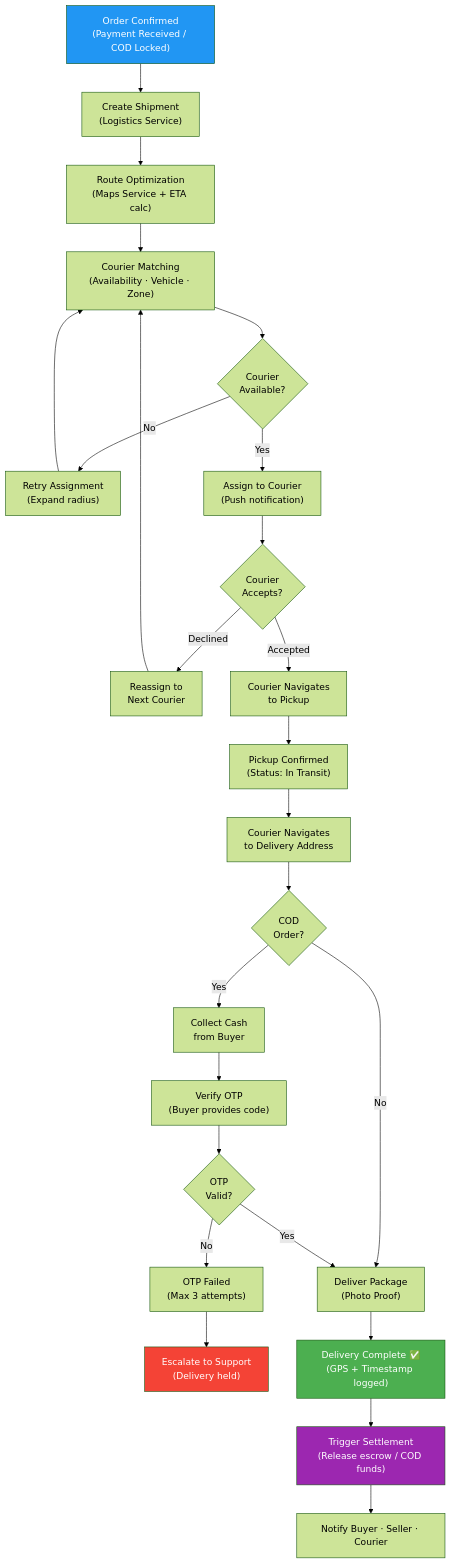
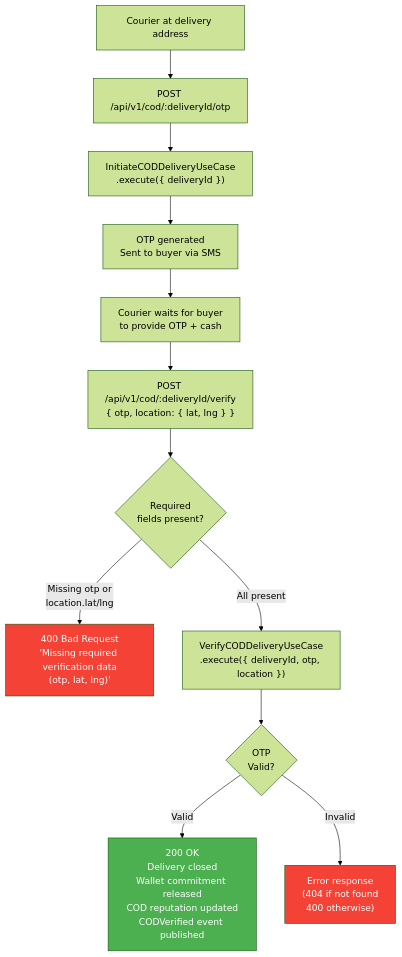
The third of 5 diagrams in docs/operations/logistics-escrow-flowcharts.md (maysar-014/maysar-express-backend), drawn with Mermaid (forest theme) before and after one commit. The commit also changed other lines of this file and 5 other files, not shown here.

First line of the commit message:
docs: rebuild diagrams from actual source code evidence

````diff
--- a/docs/operations/logistics-escrow-flowcharts.md
+++ b/docs/operations/logistics-escrow-flowcharts.md
@@ -9,38 +100,22 @@
 ```mermaid
 flowchart TD
-    ORDER_CONFIRMED["Order Confirmed\n(Payment Received / COD Locked)"] --> CREATE_SHIPMENT["Create Shipment\n(Logistics Service)"]
+    COURIER["Courier at delivery address"] --> GEN_OTP["POST /api/v1/cod/:deliveryId/otp"]
+    GEN_OTP --> INIT_UC["InitiateCODDeliveryUseCase\n.execute({ deliveryId })"]
+    INIT_UC --> SEND_OTP["OTP generated\nSent to buyer via SMS"]
+    SEND_OTP --> COURIER_WAIT["Courier waits for buyer\nto provide OTP + cash"]
 
-    CREATE_SHIPMENT --> ROUTE_OPT["Route Optimization\n(Maps Service + ETA calc)"]
-    ROUTE_OPT --> COURIER_MATCH["Courier Matching\n(Availability · Vehicle · Zone)"]
+    COURIER_WAIT --> VERIFY["POST /api/v1/cod/:deliveryId/verify\n{ otp, location: { lat, lng } }"]
 
-    COURIER_MATCH --> COURIER_FOUND{Courier\nAvailable?}
-    COURIER_FOUND -->|No| RETRY_ASSIGN["Retry Assignment\n(Expand radius)"]
-    RETRY_ASSIGN --> COURIER_MATCH
-    COURIER_FOUND -->|Yes| ASSIGN["Assign to Courier\n(Push notification)"]
+    VERIFY --> VALIDATE{Required\nfields present?}
+    VALIDATE -->|"Missing otp or\nlocation.lat/lng"| BAD_REQ["400 Bad Request\n'Missing required verification data\n(otp, lat, lng)'"]
 
-    ASSIGN --> COURIER_ACCEPT{Courier\nAccepts?}
-    COURIER_ACCEPT -->|Declined| REASSIGN["Reassign to\nNext Courier"]
-    REASSIGN --> COURIER_MATCH
-    COURIER_ACCEPT -->|Accepted| PICKUP_ROUTE["Courier Navigates\nto Pickup"]
+    VALIDATE -->|"All present"| VERIFY_UC["VerifyCODDeliveryUseCase\n.execute({ deliveryId, otp, location })"]
 
-    PICKUP_ROUTE --> PICKUP_CONFIRM["Pickup Confirmed\n(Status: In Transit)"]
-    PICKUP_CONFIRM --> DELIVERY_ROUTE["Courier Navigates\nto Delivery Address"]
+    VERIFY_UC --> OTP_CHECK{OTP\nValid?}
+    OTP_CHECK -->|"Valid"| SUCCESS["200 OK\nDelivery closed\nWallet commitment released\nCOD reputation updated\nCODVerified event published"]
+    OTP_CHECK -->|"Invalid"| FAIL["Error response\n(404 if not found\n400 otherwise)"]
 
-    DELIVERY_ROUTE --> COD_ORDER{COD\nOrder?}
-    COD_ORDER -->|No| DELIVER["Deliver Package\n(Photo Proof)"]
-    COD_ORDER -->|Yes| COLLECT_CASH["Collect Cash\nfrom Buyer"]
-    COLLECT_CASH --> OTP_VERIFY["Verify OTP\n(Buyer provides code)"]
-    OTP_VERIFY --> OTP_VALID{OTP\nValid?}
-    OTP_VALID -->|No| OTP_FAIL["OTP Failed\n(Max 3 attempts)"]
-    OTP_FAIL --> ESCALATE["Escalate to Support\n(Delivery held)"]
-    OTP_VALID -->|Yes| DELIVER
-
-    DELIVER --> DELIVERY_COMPLETE["Delivery Complete ✅\n(GPS + Timestamp logged)"]
-    DELIVERY_COMPLETE --> SETTLE["Trigger Settlement\n(Release escrow / COD funds)"]
-    SETTLE --> NOTIFY_ALL["Notify Buyer · Seller · Courier"]
-
-    style ORDER_CONFIRMED fill:#2196F3,color:#fff
-    style DELIVERY_COMPLETE fill:#4CAF50,color:#fff
-    style ESCALATE fill:#F44336,color:#fff
-    style SETTLE fill:#9C27B0,color:#fff
+    style SUCCESS fill:#4CAF50,color:#fff
+    style BAD_REQ fill:#F44336,color:#fff
+    style FAIL fill:#F44336,color:#fff
 ```
````
